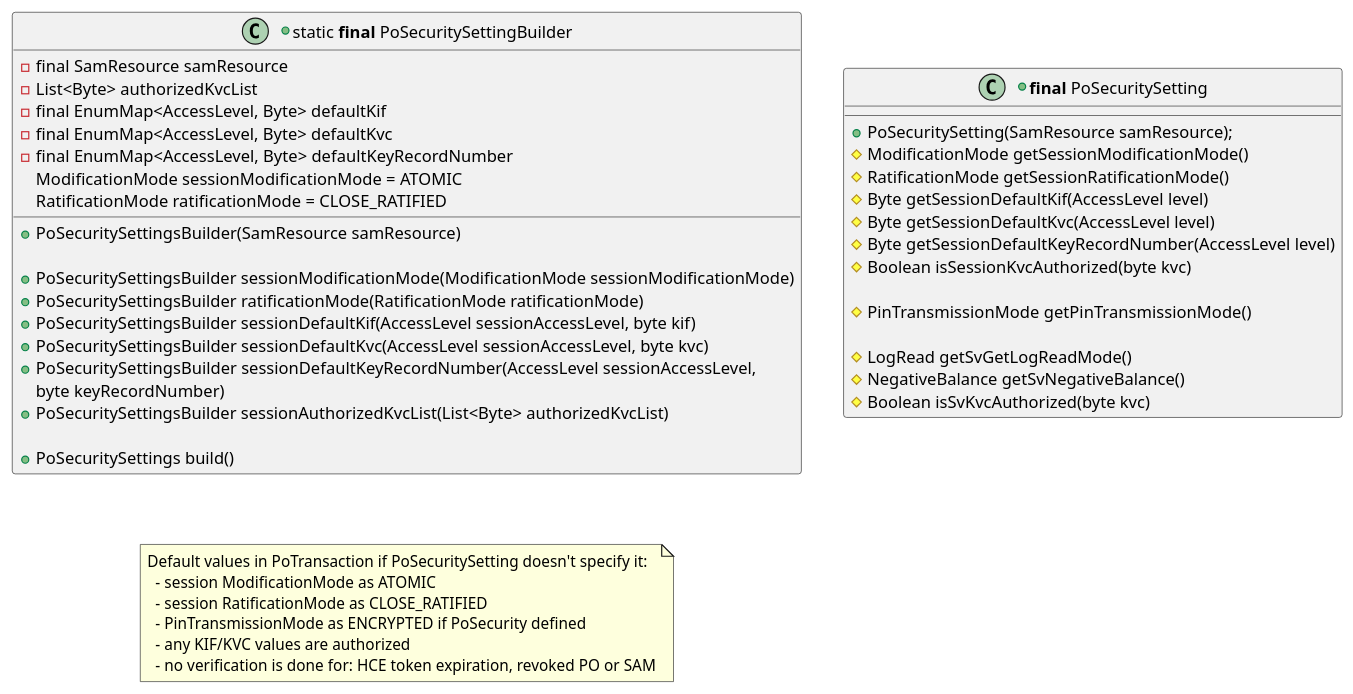
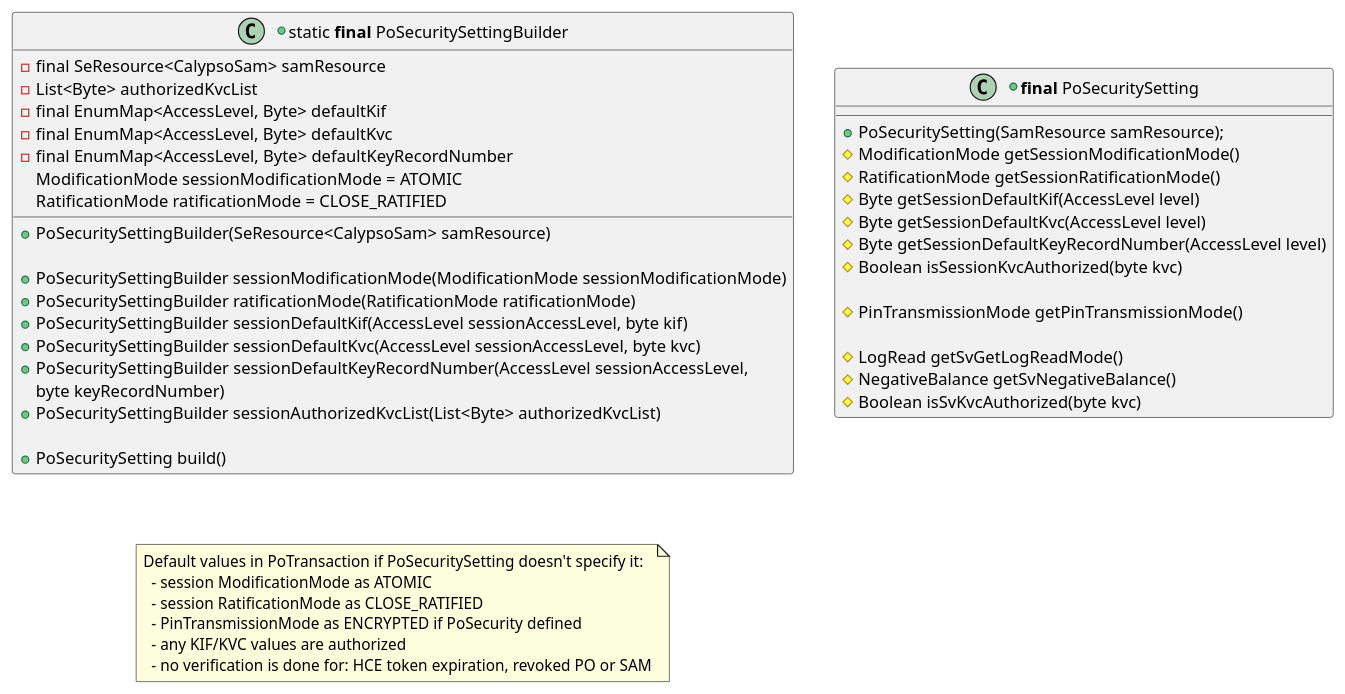
One commit to calypsonet/keyple changed the sixth of 19 diagrams in src/KeypleCalypsoApi/ApplicationApi/puml/KeypleCalypso-ApplicationApi-ClassDiag-Transaction-ClassElements.iuml. Above: the diagram before and after it, drawn with PlantUML. The commit also changed other lines of this file and 27 other files, not shown here.

```diff
--- a/src/KeypleCalypsoApi/ApplicationApi/puml/KeypleCalypso-ApplicationApi-ClassDiag-Transaction-ClassElements.iuml
+++ b/src/KeypleCalypsoApi/ApplicationApi/puml/KeypleCalypso-ApplicationApi-ClassDiag-Transaction-ClassElements.iuml
@@ -99,54 +112,54 @@
 @startuml(id=TRANSACTION_SECURITYSETTING_0_9_0)
 +class "static <b>final</b> PoSecuritySettingBuilder" as PoSecuritySettingBuilder {
-  -final SamResource samResource
+  -final SeResource<CalypsoSam> samResource
   -List<Byte> authorizedKvcList
   -final EnumMap<AccessLevel, Byte> defaultKif
   -final EnumMap<AccessLevel, Byte> defaultKvc
   -final EnumMap<AccessLevel, Byte> defaultKeyRecordNumber
   ModificationMode sessionModificationMode = ATOMIC
   RatificationMode ratificationMode = CLOSE_RATIFIED
 
-  +PoSecuritySettingsBuilder(SamResource samResource)
+  +PoSecuritySettingBuilder(SeResource<CalypsoSam> samResource)
 
-  +PoSecuritySettingsBuilder sessionModificationMode(ModificationMode sessionModificationMode)
-  +PoSecuritySettingsBuilder ratificationMode(RatificationMode ratificationMode)
-  +PoSecuritySettingsBuilder sessionDefaultKif(AccessLevel sessionAccessLevel, byte kif)
-  +PoSecuritySettingsBuilder sessionDefaultKvc(AccessLevel sessionAccessLevel, byte kvc)
-  +PoSecuritySettingsBuilder sessionDefaultKeyRecordNumber(AccessLevel sessionAccessLevel,
+  +PoSecuritySettingBuilder sessionModificationMode(ModificationMode sessionModificationMode)
+  +PoSecuritySettingBuilder ratificationMode(RatificationMode ratificationMode)
+  +PoSecuritySettingBuilder sessionDefaultKif(AccessLevel sessionAccessLevel, byte kif)
+  +PoSecuritySettingBuilder sessionDefaultKvc(AccessLevel sessionAccessLevel, byte kvc)
+  +PoSecuritySettingBuilder sessionDefaultKeyRecordNumber(AccessLevel sessionAccessLevel,
     byte keyRecordNumber)
-  +PoSecuritySettingsBuilder sessionAuthorizedKvcList(List<Byte> authorizedKvcList)
+  +PoSecuritySettingBuilder sessionAuthorizedKvcList(List<Byte> authorizedKvcList)
 
-  +PoSecuritySettings build()
+  +PoSecuritySetting build()
 }
 
 +class "<b>final</b> PoSecuritySetting" as PoSecuritySetting {
   +PoSecuritySetting(SamResource samResource);
 '  #PoRevokedService getPoRevokedService()
 '  #SamRevokedService getSamRevokedService()
 '  #PoHceService getPoHceService()
 
 '  +loadProperties(Properties propertyFile)
 
   #ModificationMode getSessionModificationMode()
   #RatificationMode getSessionRatificationMode()
   #Byte getSessionDefaultKif(AccessLevel level)
   #Byte getSessionDefaultKvc(AccessLevel level)
   #Byte getSessionDefaultKeyRecordNumber(AccessLevel level)
   #Boolean isSessionKvcAuthorized(byte kvc)
 
   #PinTransmissionMode getPinTransmissionMode()
 
   #LogRead getSvGetLogReadMode()
   #NegativeBalance getSvNegativeBalance()
   #Boolean isSvKvcAuthorized(byte kvc)
 }
 
 note as N1
 Default values in PoTransaction if PoSecuritySetting doesn't specify it:
   - session ModificationMode as ATOMIC
   - session RatificationMode as CLOSE_RATIFIED
   - PinTransmissionMode as ENCRYPTED if PoSecurity defined
   - any KIF/KVC values are authorized
   - no verification is done for: HCE token expiration, revoked PO or SAM
 end note
 @enduml
```
